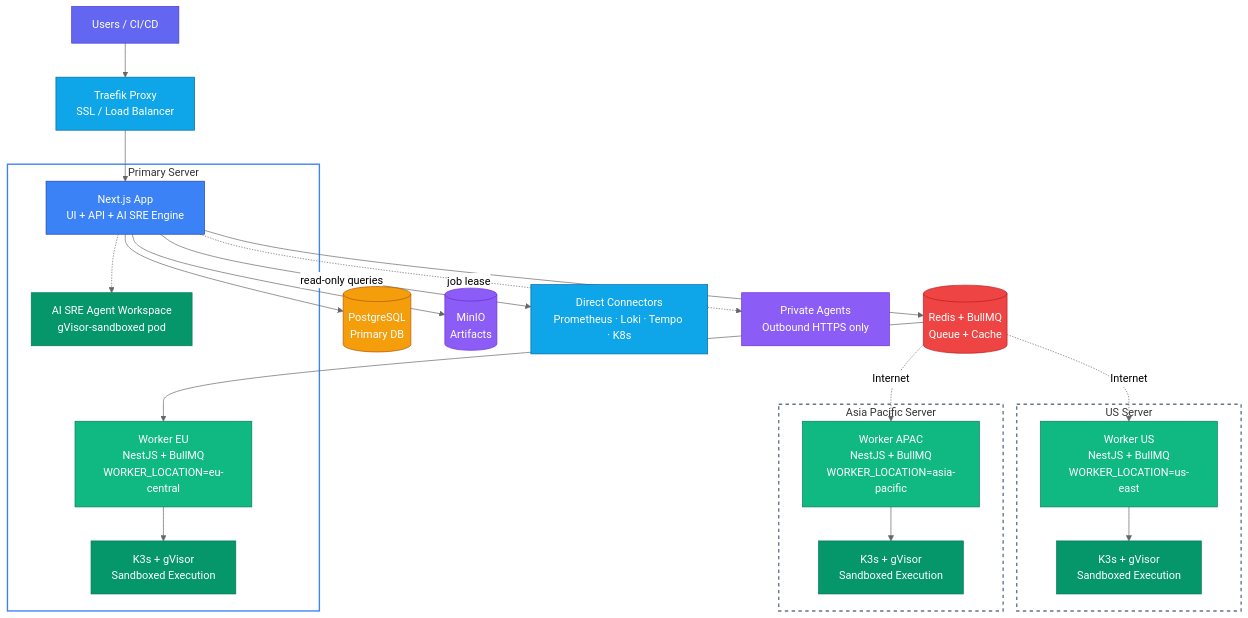
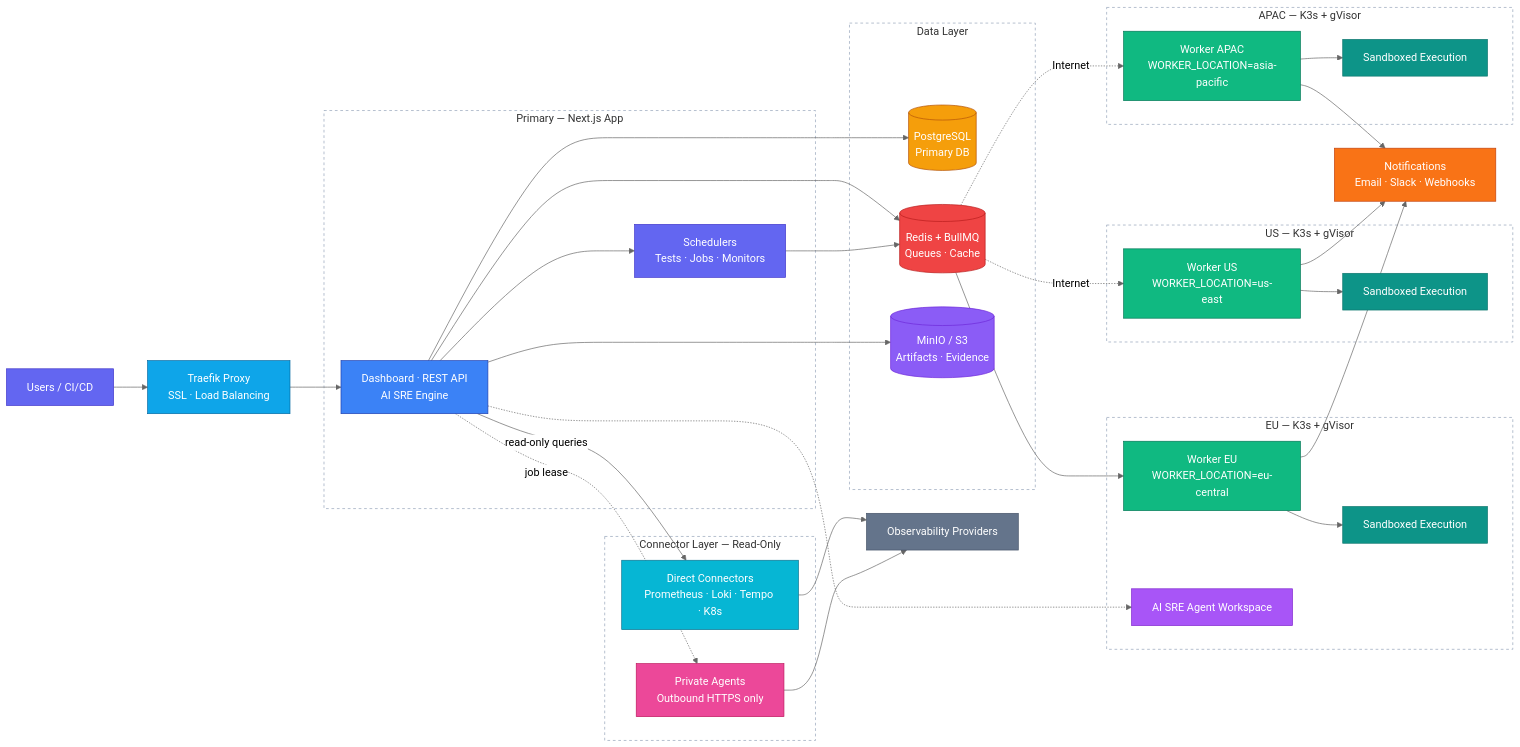
The diagram in README.md (supercheck-io/supercheck), drawn with Mermaid (neutral theme) before and after one commit. The commit also changed 14 other files, not shown here.

First line of the commit message:
docs: reorganize architecture diagram and add color to sequence diagrams

````diff
--- a/README.md
+++ b/README.md
@@ -99,44 +99,85 @@
 ```mermaid
-flowchart TB
-    Users[Users / CI/CD] --> T[Traefik Proxy<br/>SSL / Load Balancer]
-    T --> App[Next.js App<br/>UI + API + AI SRE Engine]
-    App --> DB[(PostgreSQL<br/>Primary DB)] & Redis[(Redis + BullMQ<br/>Queue + Cache)] & S3[(MinIO<br/>Artifacts)]
-    App -->|read-only queries| Direct[Direct Connectors<br/>Prometheus · Loki · Tempo · K8s]
-    App -.->|job lease| Private[Private Agents<br/>Outbound HTTPS only]
+flowchart LR
+    Users["Users / CI/CD"] --> Traefik["Traefik Proxy<br/>SSL · Load Balancing"]
 
+    subgraph APP["Primary — Next.js App"]
+        Dashboard["Dashboard · REST API<br/>AI SRE Engine"]
+        Scheduler["Schedulers<br/>Tests · Jobs · Monitors"]
+    end
+
+    subgraph DATA["Data Layer"]
+        Postgres[("PostgreSQL<br/>Primary DB")]
+        Redis[("Redis + BullMQ<br/>Queues · Cache")]
+        Storage[("MinIO / S3<br/>Artifacts · Evidence")]
+    end
+
+    subgraph EXEC_EU["EU — K3s + gVisor"]
+        W_EU["Worker EU<br/>WORKER_LOCATION=eu-central"]
+        K3S_EU["Sandboxed Execution"]
+        AgentWS["AI SRE Agent Workspace"]
+        W_EU --> K3S_EU
+    end
+
+    subgraph EXEC_US["US — K3s + gVisor"]
+        W_US["Worker US<br/>WORKER_LOCATION=us-east"]
+        K3S_US["Sandboxed Execution"]
+        W_US --> K3S_US
+    end
+
+    subgraph EXEC_APAC["APAC — K3s + gVisor"]
+        W_APAC["Worker APAC<br/>WORKER_LOCATION=asia-pacific"]
+        K3S_APAC["Sandboxed Execution"]
+        W_APAC --> K3S_APAC
+    end
+
+    subgraph CONN["Connector Layer — Read-Only"]
+        Direct["Direct Connectors<br/>Prometheus · Loki · Tempo · K8s"]
+        Private["Private Agents<br/>Outbound HTTPS only"]
+    end
+
+    Providers["Observability Providers"]
+    Notify["Notifications<br/>Email · Slack · Webhooks"]
+
+    Traefik --> Dashboard
+    Dashboard --> Scheduler
+    Dashboard --> Postgres
+    Dashboard --> Redis
+    Dashboard --> Storage
+    Scheduler --> Redis
     Redis --> W_EU
     Redis -.->|Internet| W_US
     Redis -.->|Internet| W_APAC
-
-    subgraph PRIMARY["Primary Server"]
-        W_EU[Worker EU<br/>NestJS + BullMQ<br/>WORKER_LOCATION=eu-central] --> K3S_EU[K3s + gVisor<br/>Sandboxed Execution]
-        App -.-> SRE_WS[AI SRE Agent Workspace<br/>gVisor-sandboxed pod]
-    end
-
-    subgraph US["US Server"]
-        W_US[Worker US<br/>NestJS + BullMQ<br/>WORKER_LOCATION=us-east] --> K3S_US[K3s + gVisor<br/>Sandboxed Execution]
-    end
-
-    subgraph APAC["Asia Pacific Server"]
-        W_APAC[Worker APAC<br/>NestJS + BullMQ<br/>WORKER_LOCATION=asia-pacific] --> K3S_APAC[K3s + gVisor<br/>Sandboxed Execution]
-    end
+    Dashboard -.-> AgentWS
+    Dashboard -->|read-only queries| Direct
+    Dashboard -.->|job lease| Private
+    Direct --> Providers
+    Private --> Providers
+    W_EU --> Notify
+    W_US --> Notify
+    W_APAC --> Notify
 
     style Users fill:#6366f1,stroke:#4338ca,color:#fff
-    style T fill:#0ea5e9,stroke:#0369a1,color:#fff
-    style App fill:#3b82f6,stroke:#1e40af,color:#fff
-    style DB fill:#f59e0b,stroke:#b45309,color:#fff
+    style Traefik fill:#0ea5e9,stroke:#0369a1,color:#fff
+    style Dashboard fill:#3b82f6,stroke:#1e40af,color:#fff
+    style Scheduler fill:#6366f1,stroke:#4338ca,color:#fff
+    style Postgres fill:#f59e0b,stroke:#b45309,color:#fff
     style Redis fill:#ef4444,stroke:#b91c1c,color:#fff
-    style S3 fill:#8b5cf6,stroke:#6d28d9,color:#fff
+    style Storage fill:#8b5cf6,stroke:#6d28d9,color:#fff
     style W_EU fill:#10b981,stroke:#047857,color:#fff
     style W_US fill:#10b981,stroke:#047857,color:#fff
     style W_APAC fill:#10b981,stroke:#047857,color:#fff
-    style K3S_EU fill:#059669,stroke:#047857,color:#fff
-    style K3S_US fill:#059669,stroke:#047857,color:#fff
-    style K3S_APAC fill:#059669,stroke:#047857,color:#fff
-    style Direct fill:#0ea5e9,stroke:#0369a1,color:#fff
-    style Private fill:#8b5cf6,stroke:#6d28d9,color:#fff
-    style SRE_WS fill:#059669,stroke:#047857,color:#fff
-    style PRIMARY fill:none,stroke:#3b82f6,stroke-width:2px
-    style US fill:none,stroke:#64748b,stroke-width:2px,stroke-dasharray: 5 5
-    style APAC fill:none,stroke:#64748b,stroke-width:2px,stroke-dasharray: 5 5
+    style K3S_EU fill:#0d9488,stroke:#0f766e,color:#fff
+    style K3S_US fill:#0d9488,stroke:#0f766e,color:#fff
+    style K3S_APAC fill:#0d9488,stroke:#0f766e,color:#fff
+    style AgentWS fill:#a855f7,stroke:#7e22ce,color:#fff
+    style Direct fill:#06b6d4,stroke:#0e7490,color:#fff
+    style Private fill:#ec4899,stroke:#be185d,color:#fff
+    style Providers fill:#64748b,stroke:#475569,color:#fff
+    style Notify fill:#f97316,stroke:#c2410c,color:#fff
+    style APP fill:none,stroke:#94a3b8,stroke-dasharray: 4 4
+    style DATA fill:none,stroke:#94a3b8,stroke-dasharray: 4 4
+    style EXEC_EU fill:none,stroke:#94a3b8,stroke-dasharray: 4 4
+    style EXEC_US fill:none,stroke:#94a3b8,stroke-dasharray: 4 4
+    style EXEC_APAC fill:none,stroke:#94a3b8,stroke-dasharray: 4 4
+    style CONN fill:none,stroke:#94a3b8,stroke-dasharray: 4 4
 ```
````
